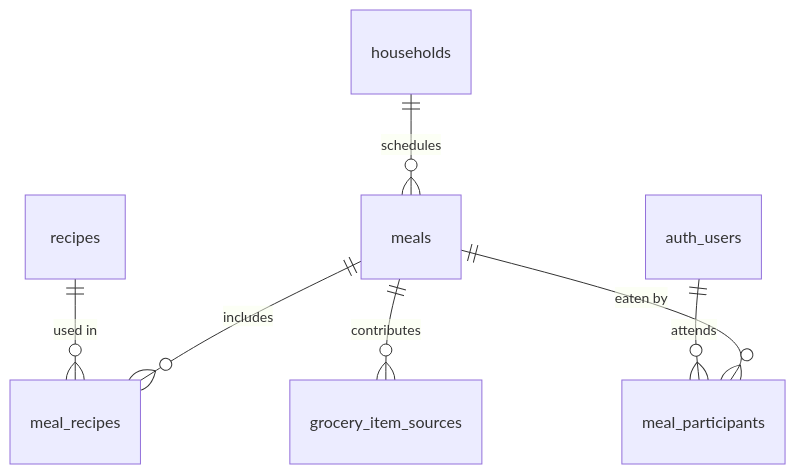
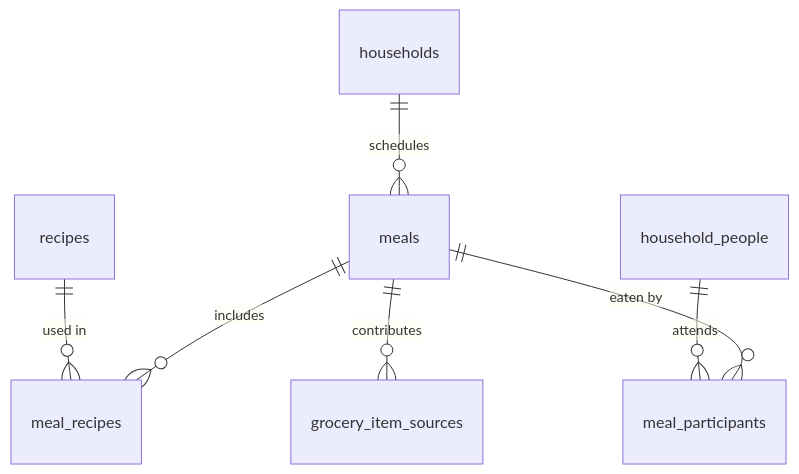
The third of 9 diagrams in docs/data.md (edward-sf/ladle), drawn with Mermaid before and after one commit. The commit also changed other lines of this file and 5 other files, not shown here.

````diff
--- a/docs/data.md
+++ b/docs/data.md
@@ -583,9 +641,9 @@
 ```mermaid
 erDiagram
   households ||--o{ meals : schedules
   meals ||--o{ meal_recipes : includes
   meals ||--o{ meal_participants : "eaten by"
   recipes ||--o{ meal_recipes : "used in"
-  auth_users ||--o{ meal_participants : attends
+  household_people ||--o{ meal_participants : attends
   meals ||--o{ grocery_item_sources : contributes
 ```
````
